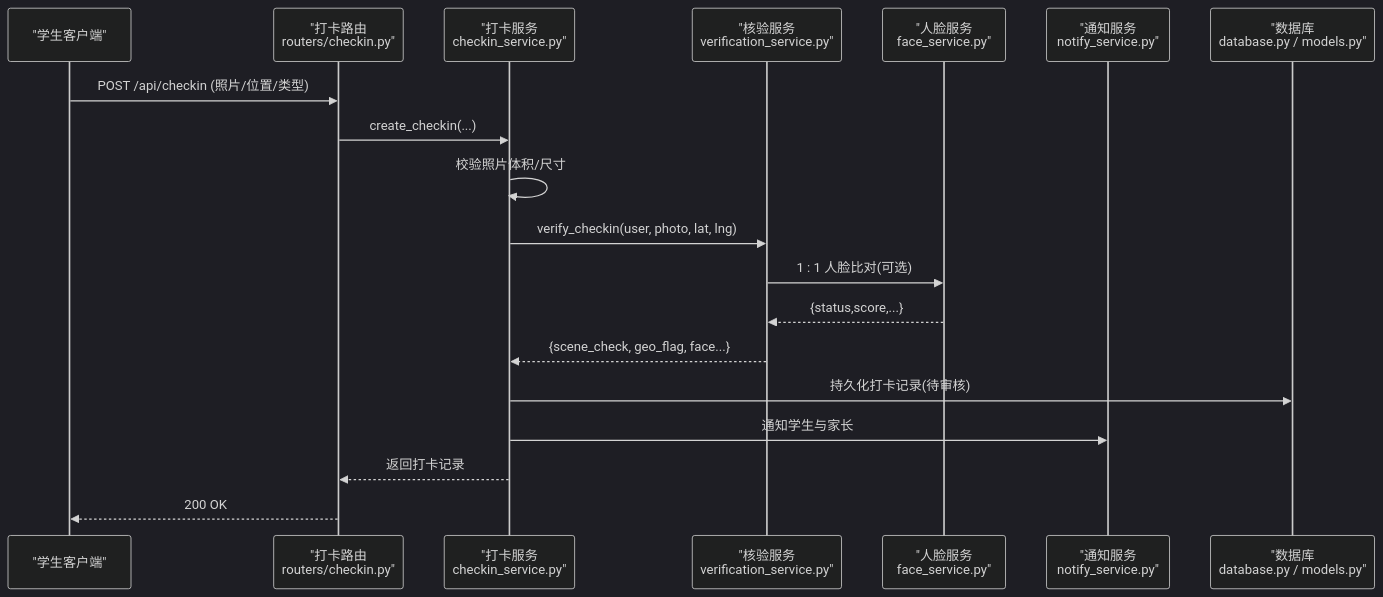
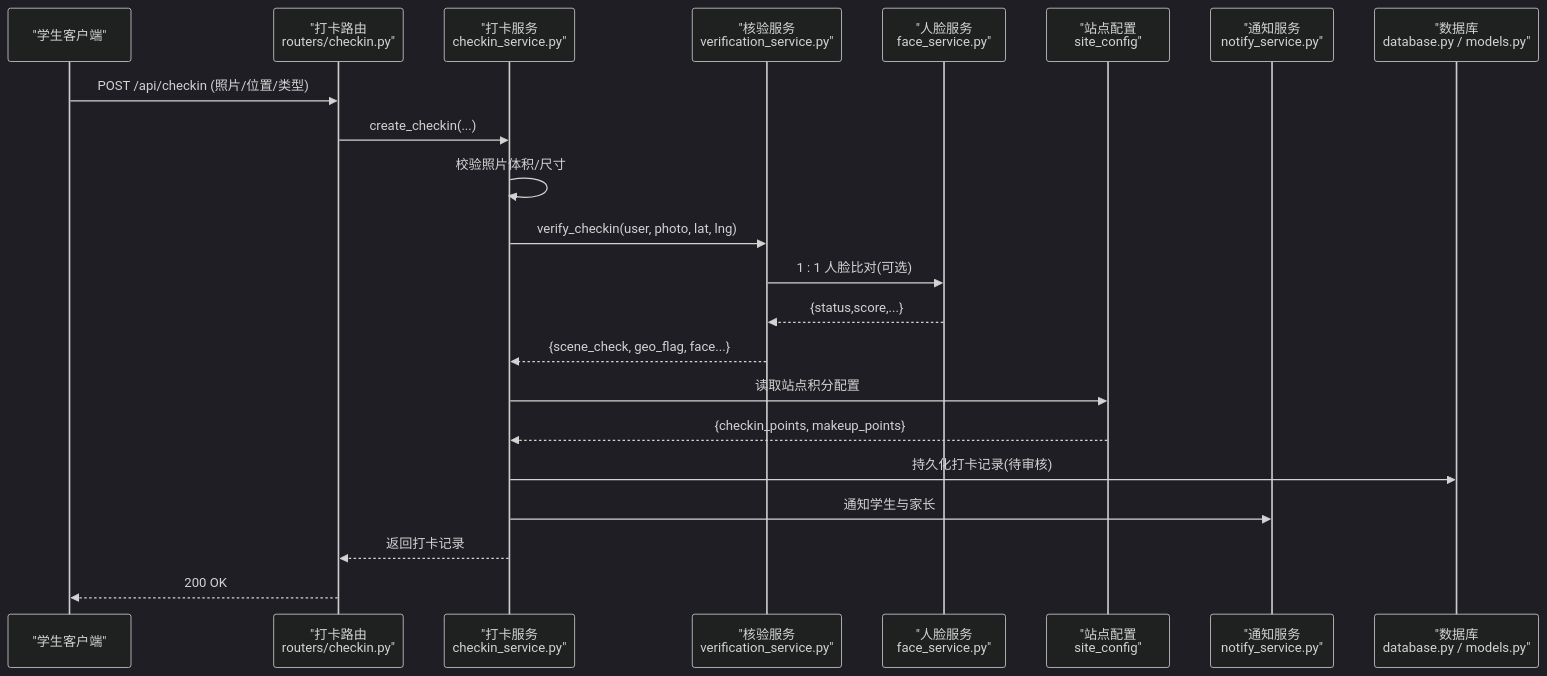
The second of 5 diagrams in .qoder/repowiki/zh/content/暑假作业打卡系统/后端服务架构/服务层架构/打卡服务.md (onebody/homework), drawn with Mermaid (dark theme) before and after one commit. The commit also changed other lines of this file and 16 other files, not shown here.

````diff
--- a/.qoder/repowiki/zh/content/暑假作业打卡系统/后端服务架构/服务层架构/打卡服务.md
+++ b/.qoder/repowiki/zh/content/暑假作业打卡系统/后端服务架构/服务层架构/打卡服务.md
@@ -142,21 +154,24 @@
 ```mermaid
 sequenceDiagram
 participant U as "学生客户端"
 participant R as "打卡路由<br/>routers/checkin.py"
 participant S as "打卡服务<br/>checkin_service.py"
 participant V as "核验服务<br/>verification_service.py"
 participant F as "人脸服务<br/>face_service.py"
+participant C as "站点配置<br/>site_config"
 participant N as "通知服务<br/>notify_service.py"
 participant DB as "数据库<br/>database.py / models.py"
 U->>R : POST /api/checkin (照片/位置/类型)
 R->>S : create_checkin(...)
 S->>S : 校验照片体积/尺寸
 S->>V : verify_checkin(user, photo, lat, lng)
 V->>F : 1 : 1 人脸比对(可选)
 F-->>V : {status,score,...}
 V-->>S : {scene_check, geo_flag, face...}
+S->>C : 读取站点积分配置
+C-->>S : {checkin_points, makeup_points}
 S->>DB : 持久化打卡记录(待审核)
 S->>N : 通知学生与家长
 S-->>R : 返回打卡记录
 R-->>U : 200 OK
 ```
````
